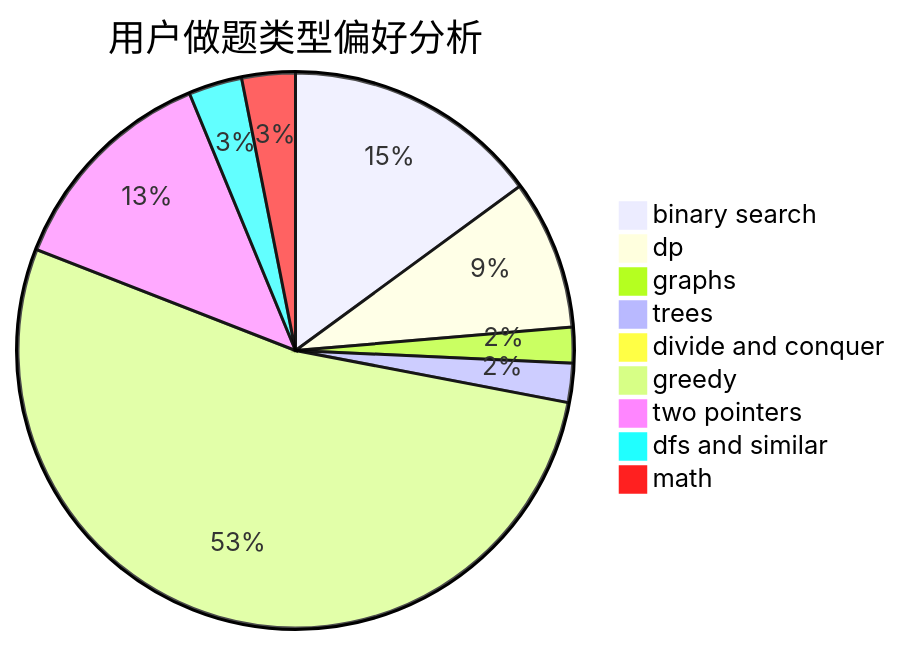
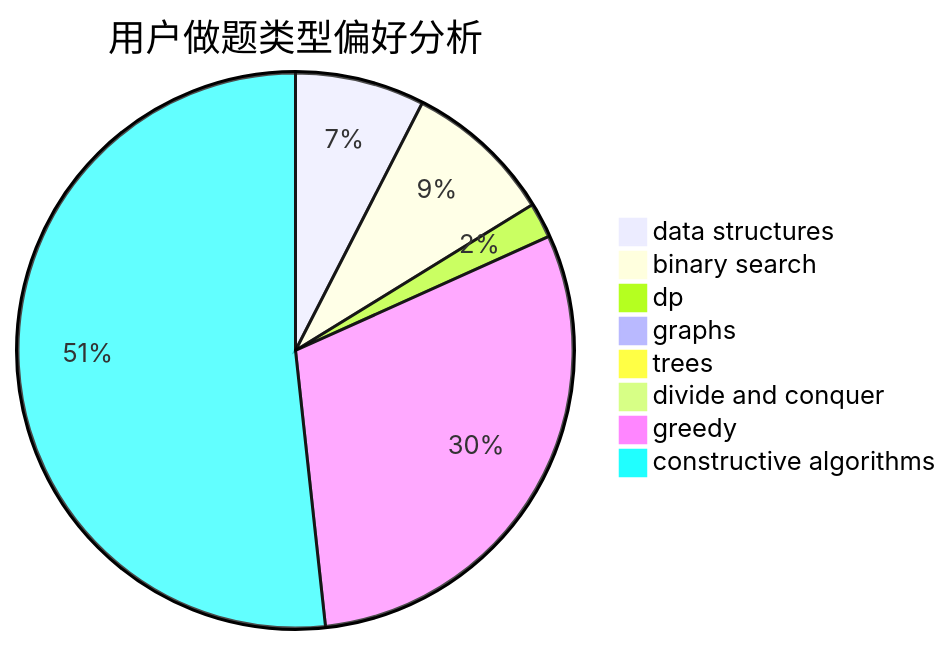
One commit to sherpahu/cfrs.github.io changed the second of 3 diagrams in docs/user/u1258.md. Above: the diagram before and after it, drawn with Mermaid. The commit also changed other lines of this file and 2775 other files, not shown here.

````diff
--- a/docs/user/u1258.md
+++ b/docs/user/u1258.md
@@ -23,12 +23,11 @@
 ```mermaid
 pie title 用户做题类型偏好分析
-    "binary search" :  72
-    "dp" :  42
-    "graphs" :  10
-    "trees" :  11
-    "divide and conquer" :  3
-    "greedy" :  255
-    "two pointers" :  62
-    "dfs and similar" :  15
-    "math" :  15
+    "data structures" :  59
+    "binary search" :  68
+    "dp" :  16
+    "graphs" :  4
+    "trees" :  3
+    "divide and conquer" :  0
+    "greedy" :  235
+    "constructive algorithms" :  405
 ```
````
